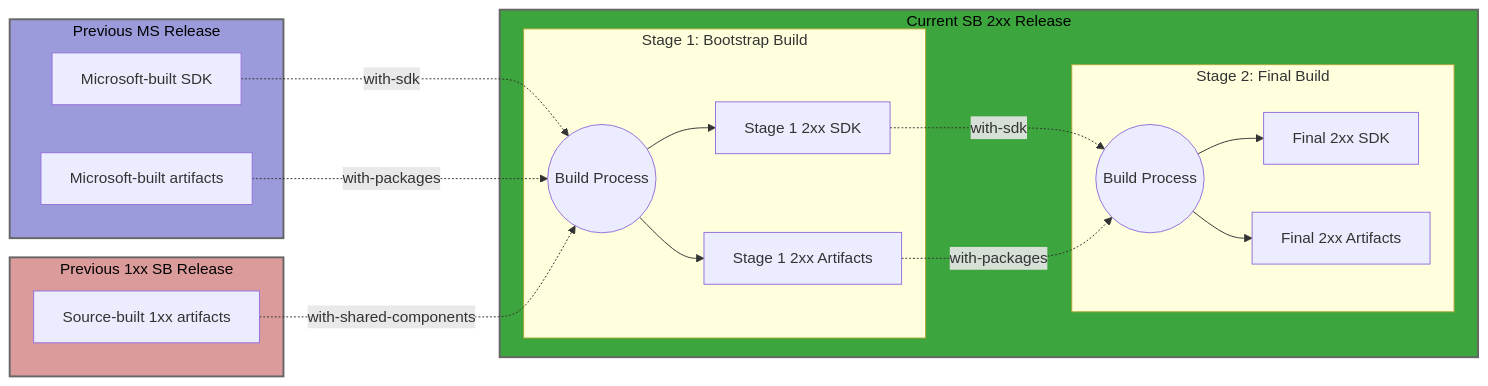
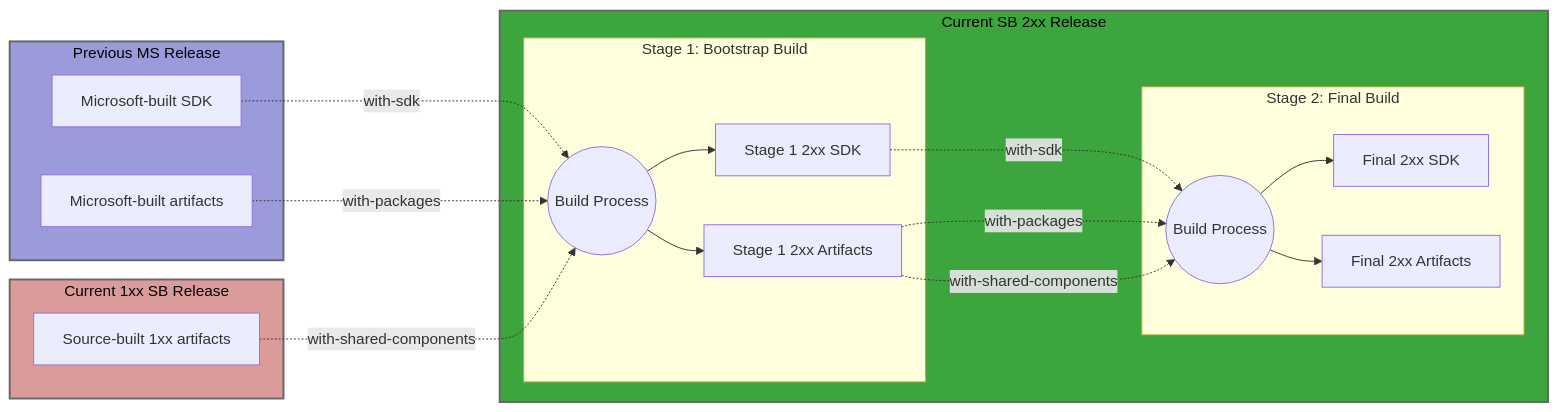
Before and after one commit to dotnet/source-build: the seventh of 11 diagrams in Documentation/feature-band-source-building.md, drawn with Mermaid. The commit also changed other lines of this file, not shown here.

Commit message:
Shared components are needed as explicit input for stage 2 builds

````diff
--- a/Documentation/feature-band-source-building.md
+++ b/Documentation/feature-band-source-building.md
@@ -569,42 +567,43 @@
 ```mermaid
 flowchart LR
     subgraph Msft["Previous MS Release"]
         MS_SDK[Microsoft-built SDK]
         MS_Art[Microsoft-built artifacts]
     end
     
-    subgraph SB1xx["Previous 1xx SB Release"]
+    subgraph SB1xx["Current 1xx SB Release"]
         SB_1xx[Source-built 1xx artifacts]
     end
     
     subgraph SB["Current SB 2xx Release"]
         subgraph Stage1["Stage 1: Bootstrap Build"]
             Build1((Build Process))
             S1_SDK[Stage 1 2xx SDK]
             S1_Art[Stage 1 2xx Artifacts]
         end
 
         subgraph Stage2["Stage 2: Final Build"]
             Build2((Build Process))
             Final_SDK[Final 2xx SDK]
             Final_Art[Final 2xx Artifacts]
         end
     end
     
     MS_SDK -.->|with-sdk| Build1
     MS_Art -.->|with-packages| Build1
     SB_1xx -.->|with-shared-components| Build1
     Build1 --> S1_SDK
     Build1 --> S1_Art
     S1_SDK -.->|with-sdk| Build2
     S1_Art -.->|with-packages| Build2
+    S1_Art -.->|with-shared-components| Build2
     Build2 --> Final_SDK
     Build2 --> Final_Art
     
     classDef msRelease fill:#9b9bdb,stroke:#666,stroke-width:2px,color:#000
     classDef prev1xx fill:#db9b9b,stroke:#666,stroke-width:2px,color:#000
     classDef curr2xx fill:#3da53d,stroke:#666,stroke-width:2px,color:#000
     class Msft msRelease
     class SB1xx prev1xx
     class SB curr2xx
 ```
````
